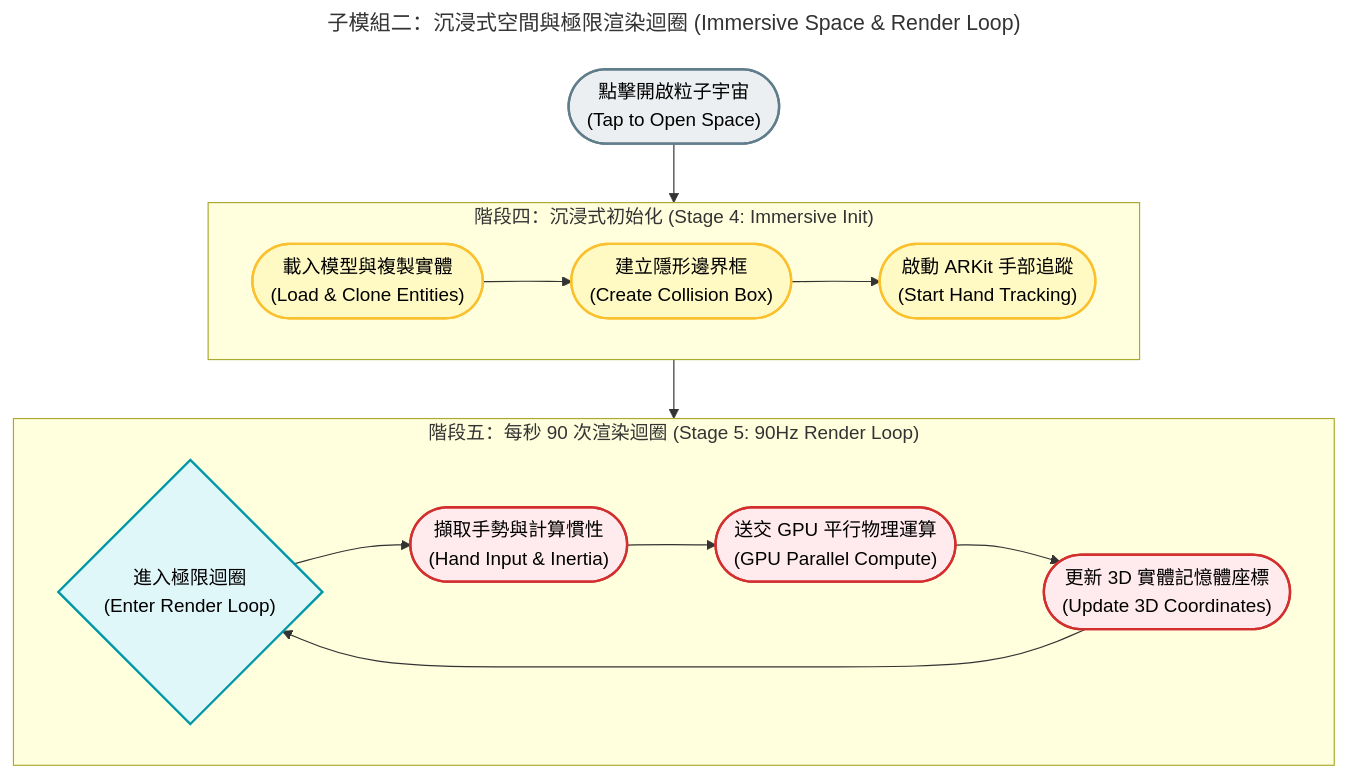
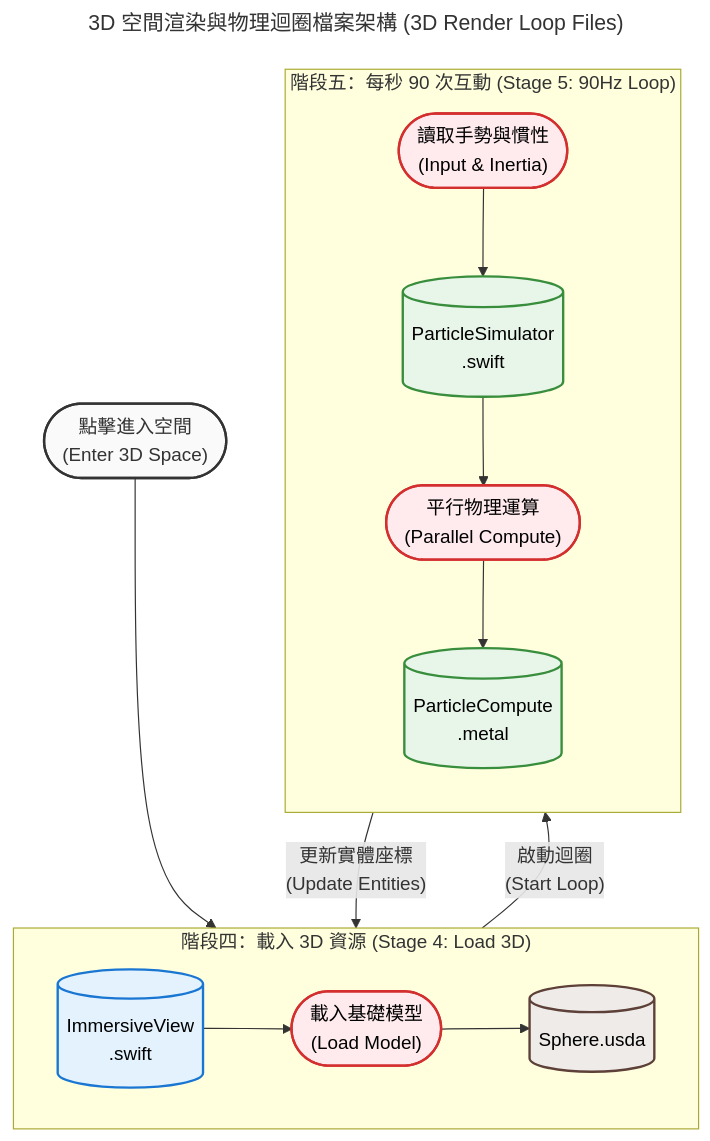
One commit to lennox0909/ParticleVision changed the third of 3 diagrams in README.md. Above: the diagram before and after it, drawn with Mermaid. The commit also changed other lines of this file, not shown here.

Commit message:
revise Flowchart

````diff
--- a/README.md
+++ b/README.md
@@ -241,34 +239,35 @@
 ```mermaid
 ---
-title: 子模組二：沉浸式空間與極限渲染迴圈 (Immersive Space & Render Loop)
+title: 3D 空間渲染與物理迴圈檔案架構 (3D Render Loop Files)
 ---
 flowchart TD
     classDef default fill:#fafafa,stroke:#333,stroke-width:2px,color:#333;
-    classDef initAction fill:#fff9c4,stroke:#fbc02d,stroke-width:2px,color:#000;
-    classDef loopAction fill:#ffebee,stroke:#d32f2f,stroke-width:2px,color:#000;
-    classDef point fill:#eceff1,stroke:#607d8b,stroke-width:2px,color:#000;
-    classDef decision fill:#e0f7fa,stroke:#0097a7,stroke-width:2px,color:#000;
+    classDef uiFile fill:#e3f2fd,stroke:#1976d2,stroke-width:2px,color:#000;
+    classDef modelFile fill:#efebe9,stroke:#5d4037,stroke-width:2px,color:#000;
+    classDef engineFile fill:#e8f5e9,stroke:#388e3c,stroke-width:2px,color:#000;
+    classDef action fill:#ffebee,stroke:#d32f2f,stroke-width:2px,color:#000;
 
-    Start(["點擊開啟粒子宇宙<br/>(Tap to Open Space)"]):::point
+    Start(["點擊進入空間<br/>(Enter 3D Space)"])
 
-    subgraph "階段四：沉浸式初始化 (Stage 4: Immersive Init)"
+    subgraph "階段四：載入 3D 資源 (Stage 4: Load 3D)"
         direction LR
-        B1(["載入模型與複製實體<br/>(Load & Clone Entities)"]):::initAction
-        B2(["建立隱形邊界框<br/>(Create Collision Box)"]):::initAction
-        B3(["啟動 ARKit 手部追蹤<br/>(Start Hand Tracking)"]):::initAction
-        B1 --> B2 --> B3
+        F_Imm[("ImmersiveView<br/>.swift")]:::uiFile
+        A1(["載入基礎模型<br/>(Load Model)"]):::action
+        F_Sphere[("Sphere.usda")]:::modelFile
+        F_Imm --> A1 --> F_Sphere
     end
 
-    subgraph "階段五：每秒 90 次渲染迴圈 (Stage 5: 90Hz Render Loop)"
-        direction LR
-        L1{"進入極限迴圈<br/>(Enter Render Loop)"}:::decision
-        C1(["擷取手勢與計算慣性<br/>(Hand Input & Inertia)"]):::loopAction
-        C2(["送交 GPU 平行物理運算<br/>(GPU Parallel Compute)"]):::loopAction
-        C3(["更新 3D 實體記憶體座標<br/>(Update 3D Coordinates)"]):::loopAction
+    subgraph "階段五：每秒 90 次互動 (Stage 5: 90Hz Loop)"
+        direction TB
+        A2(["讀取手勢與慣性<br/>(Input & Inertia)"]):::action
+        F_Sim[("ParticleSimulator<br/>.swift")]:::engineFile
+        A3(["平行物理運算<br/>(Parallel Compute)"]):::action
+        F_Metal[("ParticleCompute<br/>.metal")]:::engineFile
         
-        L1 --> C1 --> C2 --> C3 --> L1
+        A2 --> F_Sim --> A3 --> F_Metal
     end
 
-    Start --> B1
-    B3 --> L1
+    Start --> F_Imm
+    F_Sphere -->|"啟動迴圈<br/>(Start Loop)"| A2
+    F_Metal -->|"更新實體座標<br/>(Update Entities)"| F_Imm
 ```
````
